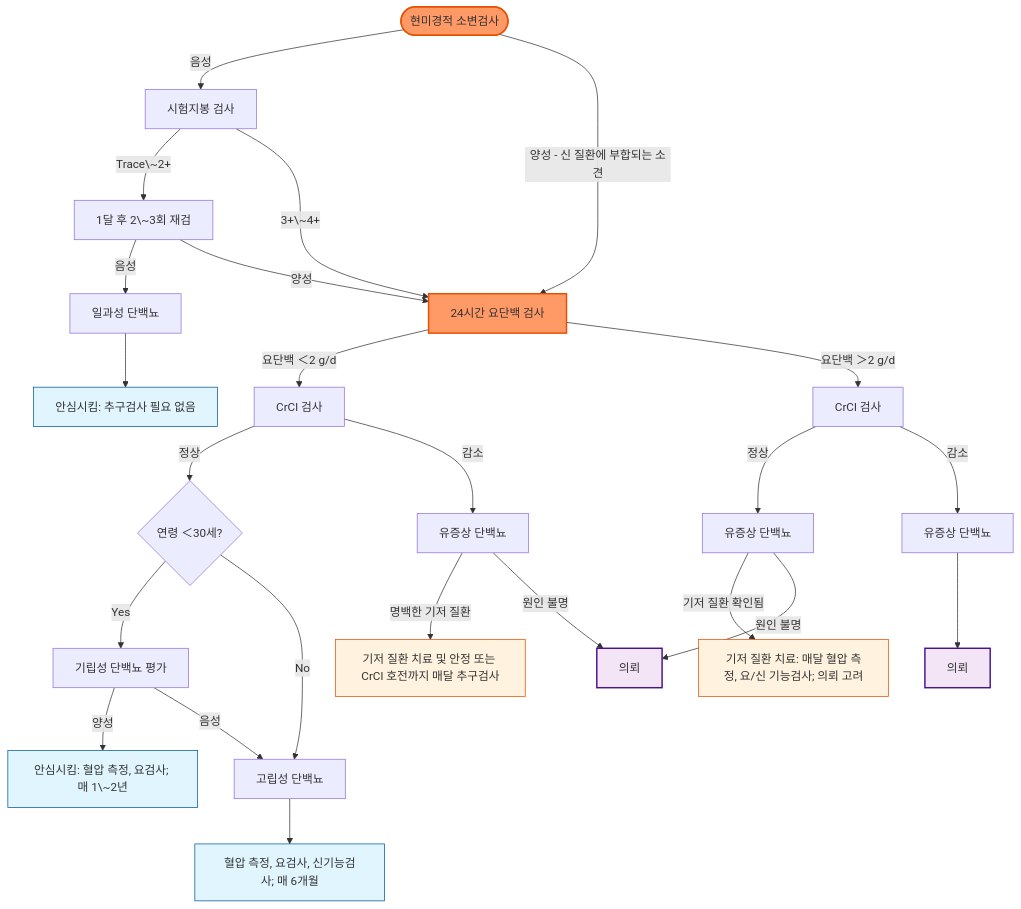
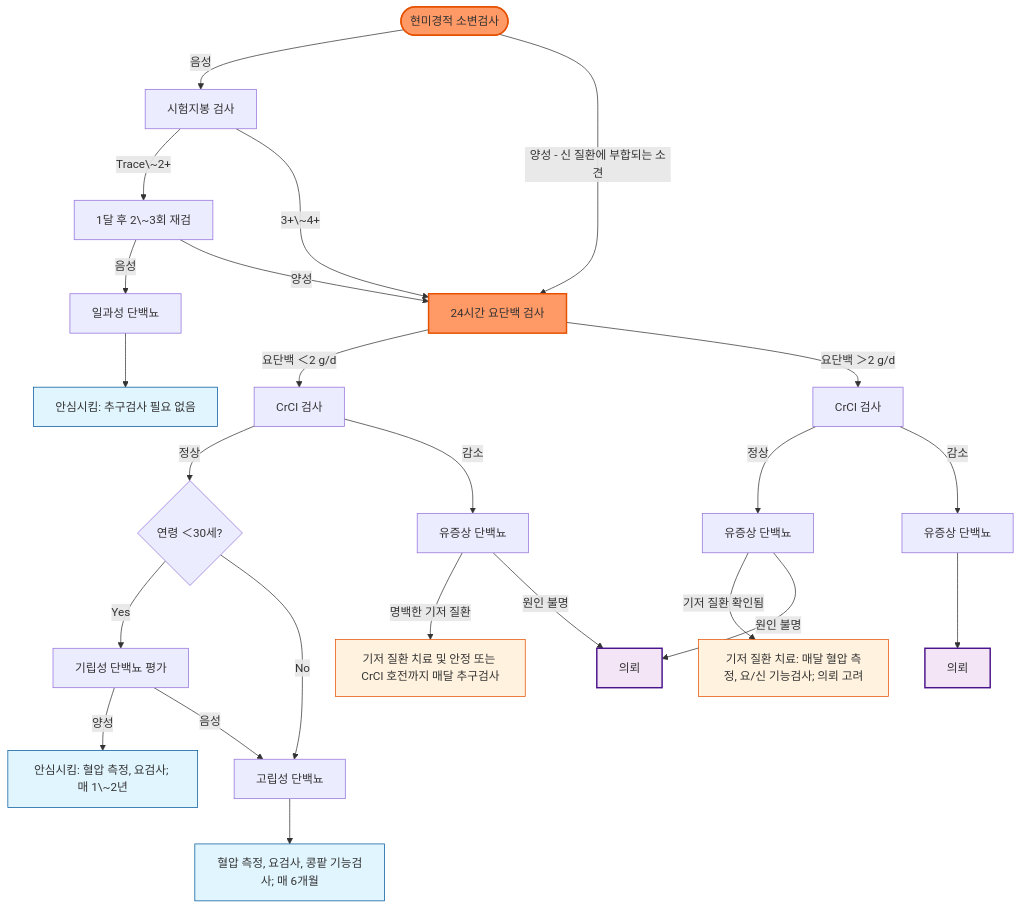
Before and after one commit to familyoh77/familyoh77: the first of 2 diagrams in 227_/111_-proteinuria.md, drawn with Mermaid. The commit also changed other lines of this file and 2 other files, not shown here.

````diff
--- a/227_/111_-proteinuria.md
+++ b/227_/111_-proteinuria.md
@@ -169,45 +169,45 @@
 ```mermaid
 graph TD
     Start([현미경적 소변검사]) -->|음성| Dip[시험지봉 검사]
     Start -->|양성 - 신 질환에 부합되는 소견| H24[24시간 요단백 검사]
 
     Dip -->|Trace\~2+| Recheck[1달 후 2\~3회 재검]
     Dip -->|3+\~4+| H24
 
     Recheck -->|음성| Transient[일과성 단백뇨]
     Recheck -->|양성| H24
     Transient --> Reassure1[안심시킴: 추구검사 필요 없음]
 
     H24 -->|요단백 ＜2 g/d| CrCl1[CrCl 검사]
     H24 -->|요단백 ＞2 g/d| CrCl2[CrCl 검사]
 
     CrCl1 -->|정상| Age{연령 ＜30세?}
     CrCl1 -->|감소| Sympt1[유증상 단백뇨]
 
     Age -->|Yes| Ortho[기립성 단백뇨 평가]
     Age -->|No| Isolated[고립성 단백뇨]
     Ortho -->|양성| Reassure2[안심시킴: 혈압 측정, 요검사; 매 1\~2년]
     Ortho -->|음성| Isolated
-    Isolated --> Follow6mo[혈압 측정, 요검사, 신기능검사; 매 6개월]
+    Isolated --> Follow6mo[혈압 측정, 요검사, 콩팥 기능검사; 매 6개월]
 
     CrCl2 -->|정상| Sympt2[유증상 단백뇨]
     CrCl2 -->|감소| Sympt3[유증상 단백뇨]
 
     Sympt1 -->|명백한 기저 질환| Treat1[기저 질환 치료 및 안정 또는 CrCl 호전까지 매달 추구검사]
     Sympt1 -->|원인 불명| Refer1[의뢰]
 
     Sympt2 -->|기저 질환 확인됨| Treat2[기저 질환 치료: 매달 혈압 측정, 요/신 기능검사; 의뢰 고려]
     Sympt2 -->|원인 불명| Refer1
 
     Sympt3 --> Refer2[의뢰]
 
     style Start fill:#f96,stroke:#e65100,stroke-width:2px
     style H24 fill:#f96,stroke:#e65100,stroke-width:2px
     style Reassure1 fill:#e1f5fe,stroke:#01579b
     style Reassure2 fill:#e1f5fe,stroke:#01579b
     style Follow6mo fill:#e1f5fe,stroke:#01579b
     style Refer1 fill:#f3e5f5,stroke:#4a148c,stroke-width:2px
     style Refer2 fill:#f3e5f5,stroke:#4a148c,stroke-width:2px
     style Treat1 fill:#fff3e0,stroke:#e65100
     style Treat2 fill:#fff3e0,stroke:#e65100
 ```
````
